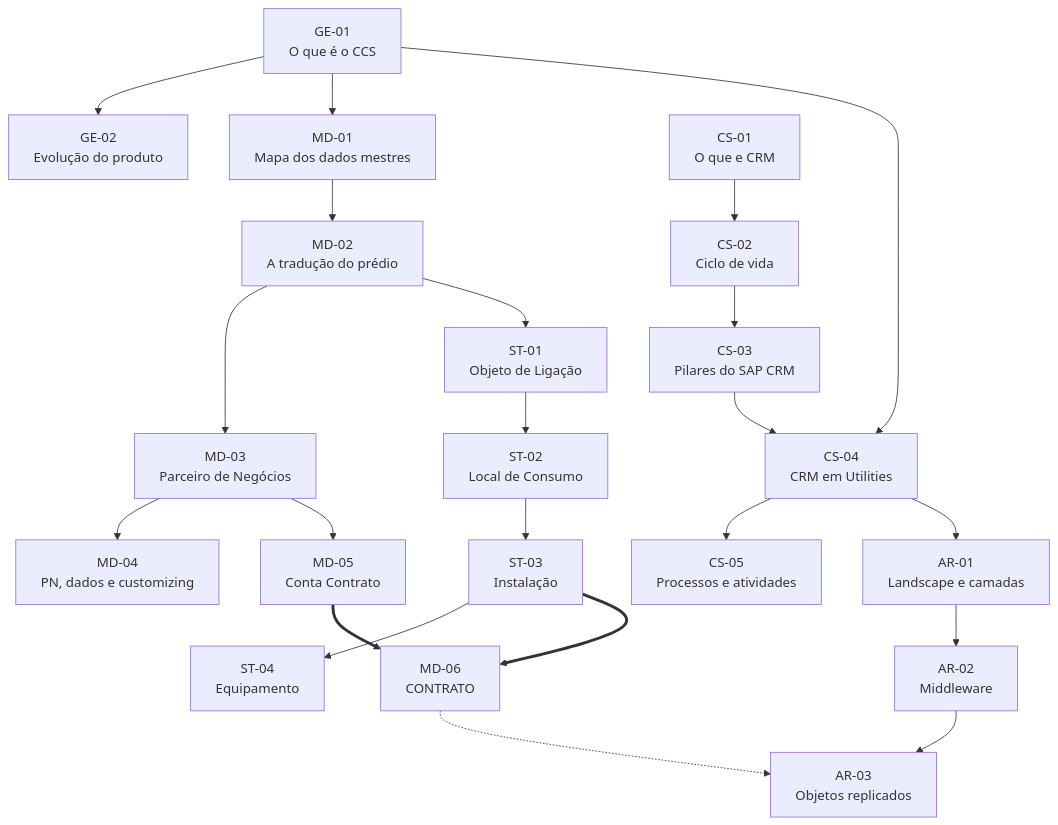
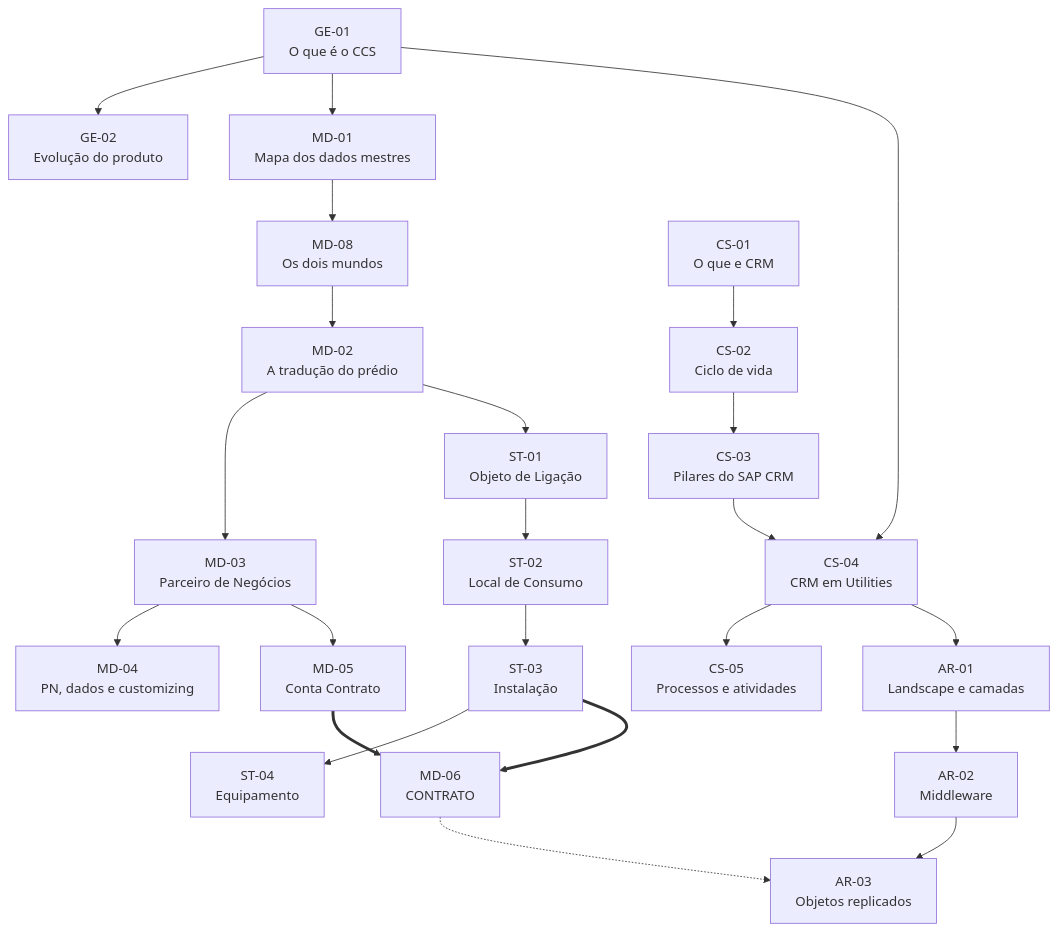
One commit to igorbueno-dev/sap-isu-br changed the diagram in notas/_DEPENDENCIAS.md. Above: the diagram before and after it, drawn with Mermaid. The commit also changed 4 other files, not shown here.

````diff
--- a/notas/_DEPENDENCIAS.md
+++ b/notas/_DEPENDENCIAS.md
@@ -15,47 +15,49 @@
 ```mermaid
 flowchart TD
     GE01["GE-01<br/>O que é o CCS"]
     GE02["GE-02<br/>Evolução do produto"]
     MD01["MD-01<br/>Mapa dos dados mestres"]
+    MD08["MD-08<br/>Os dois mundos"]
     MD02["MD-02<br/>A tradução do prédio"]
     MD03["MD-03<br/>Parceiro de Negócios"]
     MD04["MD-04<br/>PN, dados e customizing"]
     MD05["MD-05<br/>Conta Contrato"]
     ST01["ST-01<br/>Objeto de Ligação"]
     ST02["ST-02<br/>Local de Consumo"]
     ST03["ST-03<br/>Instalação"]
     ST04["ST-04<br/>Equipamento"]
     MD06["MD-06<br/>CONTRATO"]
 
     GE01 --> GE02
     GE01 --> MD01
-    MD01 --> MD02
+    MD01 --> MD08
+    MD08 --> MD02
     MD02 --> MD03
     MD02 --> ST01
     MD03 --> MD04
     MD03 --> MD05
     ST01 --> ST02
     ST02 --> ST03
     ST03 --> ST04
     MD05 ==> MD06
     ST03 ==> MD06
 
     GE01 --> CS04
     CS01 --> CS02
     CS02 --> CS03
     CS03 --> CS04
     CS04 --> CS05
     CS04 --> AR01
     AR01 --> AR02
     AR02 --> AR03
     MD06 -.-> AR03
 
     CS01["CS-01<br/>O que e CRM"]
     CS02["CS-02<br/>Ciclo de vida"]
     CS03["CS-03<br/>Pilares do SAP CRM"]
     CS04["CS-04<br/>CRM em Utilities"]
     CS05["CS-05<br/>Processos e atividades"]
     AR01["AR-01<br/>Landscape e camadas"]
     AR02["AR-02<br/>Middleware"]
     AR03["AR-03<br/>Objetos replicados"]
 ```
````
